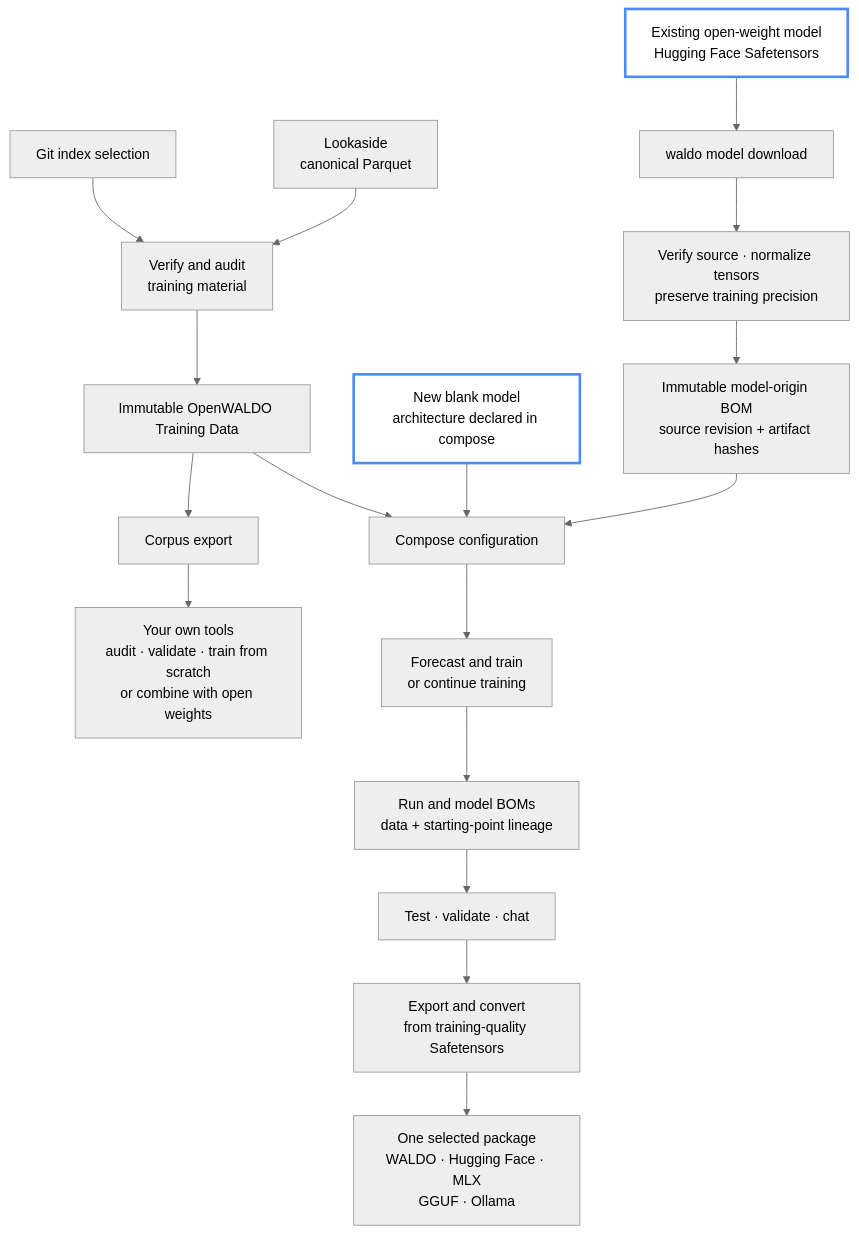
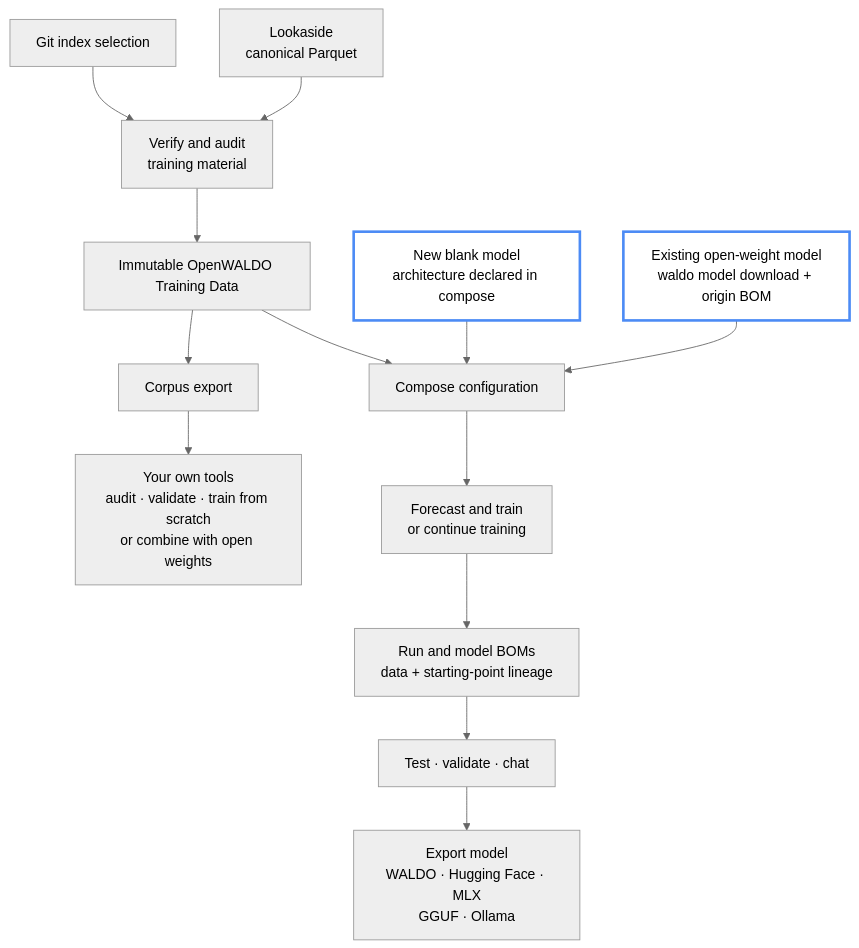
One commit to mdagosta/waldo changed the second of 3 diagrams in README.md. Above: the diagram before and after it, drawn with Mermaid (neutral theme). The commit also changed other lines of this file, not shown here.

Commit message:
Diagram open-weight continuation flow

````diff
--- a/README.md
+++ b/README.md
@@ -48,23 +48,19 @@
 ```mermaid
 flowchart TB
     G["Git index selection"] --> V["Verify and audit<br/>training material"]
     L["Lookaside<br/>canonical Parquet"] --> V
     V --> B["Immutable OpenWALDO Training Data"]
     B --> C["Corpus export"]
     C --> X["Your own tools<br/>audit · validate · train from scratch<br/>or combine with open weights"]
     N["New blank model<br/>architecture declared in compose"] --> MC["Compose configuration"]
-    O["Existing open-weight model<br/>Hugging Face Safetensors"] --> D["waldo model download"]
-    D --> DN["Verify source · normalize tensors<br/>preserve training precision"]
-    DN --> OB["Immutable model-origin BOM<br/>source revision + artifact hashes"]
-    OB --> MC
+    O["Existing open-weight model<br/>waldo model download + origin BOM"] --> MC
     B --> MC
     MC --> T["Forecast and train<br/>or continue training"]
     T --> M["Run and model BOMs<br/>data + starting-point lineage"]
     M --> Q["Test · validate · chat"]
-    Q --> E["Export and convert<br/>from training-quality Safetensors"]
-    E --> F["One selected package<br/>WALDO · Hugging Face · MLX<br/>GGUF · Ollama"]
+    Q --> E["Export model<br/>WALDO · Hugging Face · MLX<br/>GGUF · Ollama"]
 
     classDef startingPoint fill:transparent,stroke:#4c8bf5,stroke-width:3px
     class N,O startingPoint
 
 ```
````
